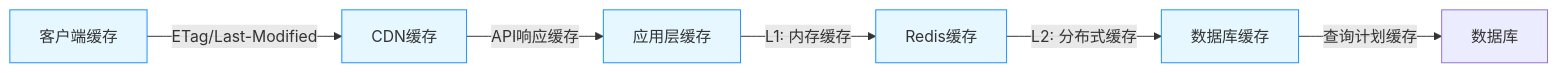
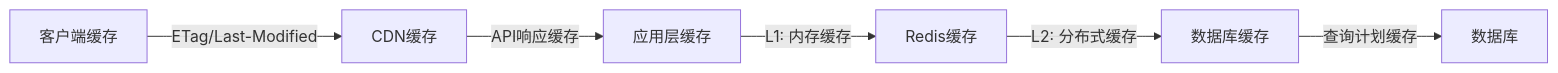
Before and after one commit to iiooiioo888/god_fo_python: the seventh of 11 diagrams in doc/ch1re.md, drawn with Mermaid. The commit also changed other lines of this file and 1 other file, not shown here.

````diff
--- a/doc/ch1re.md
+++ b/doc/ch1re.md
@@ -2770,11 +569,8 @@
 ```mermaid
 flowchart LR
     A[客户端缓存] -->|ETag/Last-Modified| B[CDN缓存]
     B -->|API响应缓存| C[应用层缓存]
     C -->|L1: 内存缓存| D[Redis缓存]
     D -->|L2: 分布式缓存| E[数据库缓存]
     E -->|查询计划缓存| F[数据库]
-    
-    classDef cache fill:#e6f7ff,stroke:#1890ff;
-    class A,B,C,D,E cache;
 ```
````
